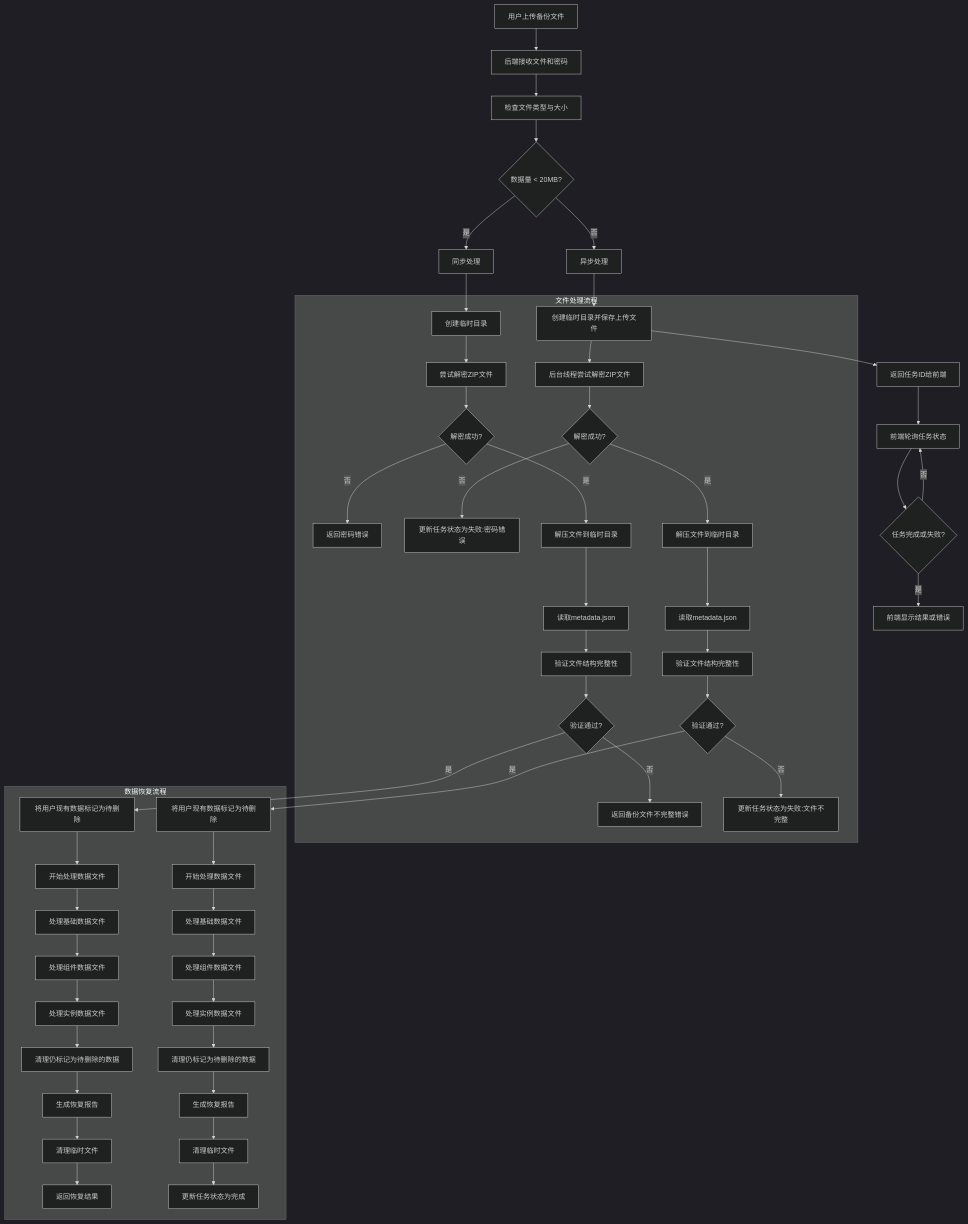
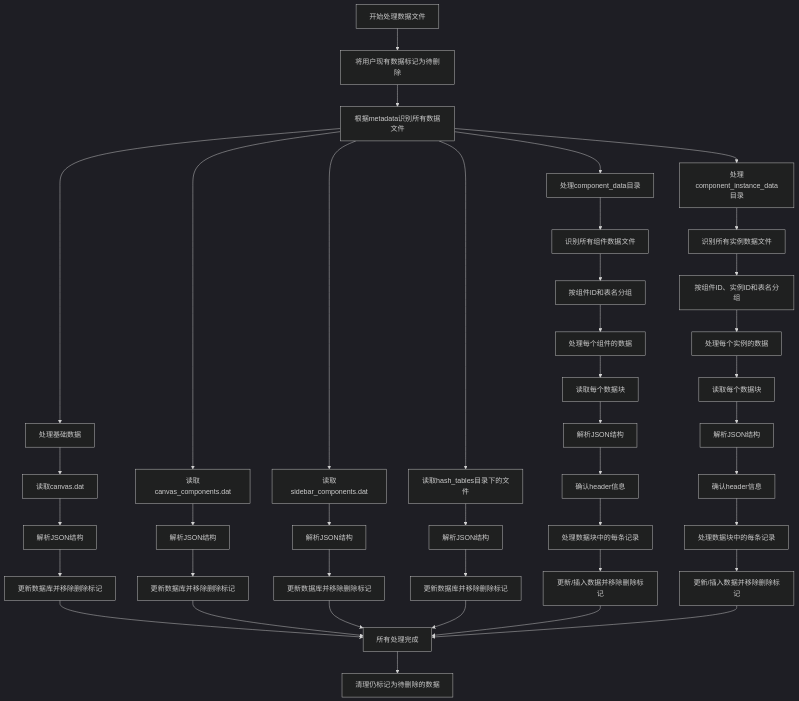
Before and after one commit to yingjianzh/iodraw-files: the diagram in all/未命名-61.md, drawn with Mermaid (dark theme).

Commit message:
2025-05-15 18:15:22 update

````diff
--- a/all/未命名-61.md
+++ b/all/未命名-61.md
@@ -1,74 +1,54 @@
 ```mermaid
 flowchart TD
-    A[用户上传备份文件] --> B[后端接收文件和密码]
-    B --> C[检查文件类型与大小]
+    A[开始处理数据文件] --> B[将用户现有数据标记为待删除]
     
-    C --> D{数据量 < 20MB?}
+    B --> C[根据metadata识别所有数据文件]
     
-    D -->|是| E1[同步处理]
-    D -->|否| E2[异步处理]
+    C --> D1[处理基础数据]
+    D1 --> E1[读取canvas.dat]
+    E1 --> F1[解析JSON结构]
+    F1 --> G1[更新数据库并移除删除标记]
     
-    E1 --> F1[创建临时目录]
-    E2 --> F2[创建临时目录并保存上传文件]
-    F2 --> G2[返回任务ID给前端]
+    C --> D2[读取canvas_components.dat]
+    D2 --> E2[解析JSON结构]
+    E2 --> F2[更新数据库并移除删除标记]
     
-    subgraph 文件处理流程
-        F1 --> H1[尝试解密ZIP文件]
-        F2 --> H2[后台线程尝试解密ZIP文件]
-        
-        H1 --> I1{解密成功?}
-        H2 --> I2{解密成功?}
-        
-        I1 -->|否| J1[返回密码错误]
-        I2 -->|否| J2[更新任务状态为失败:密码错误]
-        
-        I1 -->|是| K1[解压文件到临时目录]
-        I2 -->|是| K2[解压文件到临时目录]
-        
-        K1 --> L1[读取metadata.json]
-        K2 --> L2[读取metadata.json]
-        
-        L1 --> M1[验证文件结构完整性]
-        L2 --> M2[验证文件结构完整性]
-        
-        M1 --> N1{验证通过?}
-        M2 --> N2{验证通过?}
-        
-        N1 -->|否| O1[返回备份文件不完整错误]
-        N2 -->|否| O2[更新任务状态为失败:文件不完整]
-    end
+    C --> D3[读取sidebar_components.dat]
+    D3 --> E3[解析JSON结构]
+    E3 --> F3[更新数据库并移除删除标记]
     
-    subgraph 数据恢复流程
-        N1 -->|是| P1[将用户现有数据标记为待删除]
-        N2 -->|是| P2[将用户现有数据标记为待删除]
-        
-        P1 --> Q1[开始处理数据文件]
-        P2 --> Q2[开始处理数据文件]
-        
-        Q1 --> R1[处理基础数据文件]
-        Q2 --> R2[处理基础数据文件]
-        
-        R1 --> S1[处理组件数据文件]
-        R2 --> S2[处理组件数据文件]
-        
-        S1 --> T1[处理实例数据文件]
-        S2 --> T2[处理实例数据文件]
-        
-        T1 --> U1[清理仍标记为待删除的数据]
-        T2 --> U2[清理仍标记为待删除的数据]
-        
-        U1 --> V1[生成恢复报告]
-        U2 --> V2[生成恢复报告]
-        
-        V1 --> W1[清理临时文件]
-        V2 --> W2[清理临时文件]
-        
-        W1 --> X1[返回恢复结果]
-        W2 --> X2[更新任务状态为完成]
-    end
+    C --> D4[读取hash_tables目录下的文件]
+    D4 --> E4[解析JSON结构]
+    E4 --> F4[更新数据库并移除删除标记]
     
-    G2 --> Y[前端轮询任务状态]
-    Y --> Z{任务完成或失败?}
-    Z -->|否| Y
-    Z -->|是| AA[前端显示结果或错误]
+    C --> D5[处理component_data目录]
+    D5 --> E5[识别所有组件数据文件]
+    E5 --> F5[按组件ID和表名分组]
+    
+    F5 --> G5[处理每个组件的数据]
+    G5 --> H5[读取每个数据块]
+    H5 --> I5[解析JSON结构]
+    I5 --> J5[确认header信息]
+    J5 --> K5[处理数据块中的每条记录]
+    K5 --> L5[更新/插入数据并移除删除标记]
+    
+    C --> D6[处理component_instance_data目录]
+    D6 --> E6[识别所有实例数据文件]
+    E6 --> F6[按组件ID、实例ID和表名分组]
+    
+    F6 --> G6[处理每个实例的数据]
+    G6 --> H6[读取每个数据块]
+    H6 --> I6[解析JSON结构]
+    I6 --> J6[确认header信息]
+    J6 --> K6[处理数据块中的每条记录]
+    K6 --> L6[更新/插入数据并移除删除标记]
+    
+    G1 --> M[所有处理完成]
+    F2 --> M
+    F3 --> M
+    F4 --> M
+    L5 --> M
+    L6 --> M
+    
+    M --> N[清理仍标记为待删除的数据]
 ```
````
